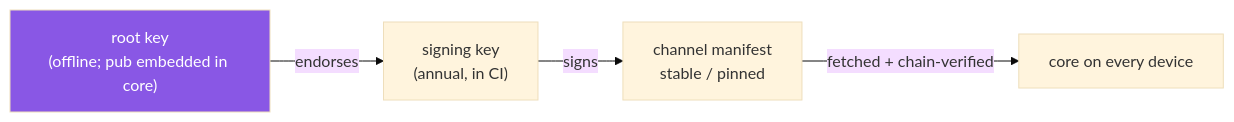
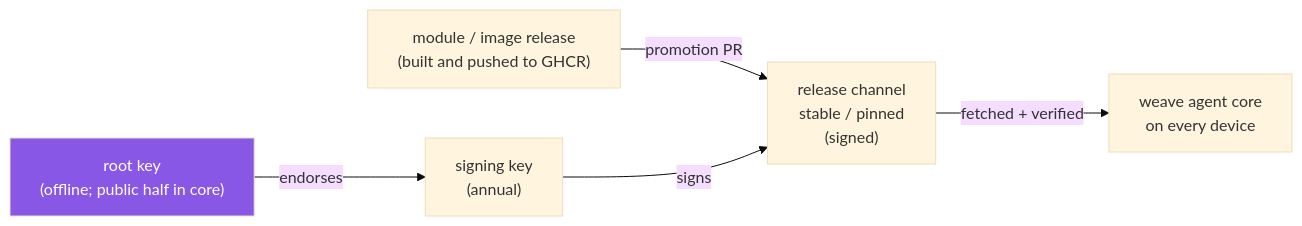
One commit to weaveplatform/weaveplatform-channels changed the diagram in README.md. Above: the diagram before and after it, drawn with Mermaid (base theme). The commit also changed other lines of this file and 3 other files, not shown here.

Commit message:
docs: say what a release channel is and why it exists

````diff
--- a/README.md
+++ b/README.md
@@ -10,7 +17,8 @@
 ```mermaid
 flowchart LR
-    root["root key<br/>(offline; pub embedded in core)"] -->|endorses| signing["signing key<br/>(annual, in CI)"]
-    signing -->|signs| ch["channel manifest<br/>stable / pinned"]
-    ch -->|"fetched + chain-verified"| core["core on every device"]
+    rel["module / image release<br/>(built and pushed to GHCR)"] -->|"promotion PR"| ch["release channel<br/>stable / pinned<br/>(signed)"]
+    root["root key<br/>(offline; public half in core)"] -->|endorses| signing["signing key<br/>(annual)"]
+    signing -->|signs| ch
+    ch -->|"fetched + verified"| core["weave agent core<br/>on every device"]
     style root fill:#8957e5,color:#fff
 ```
````
